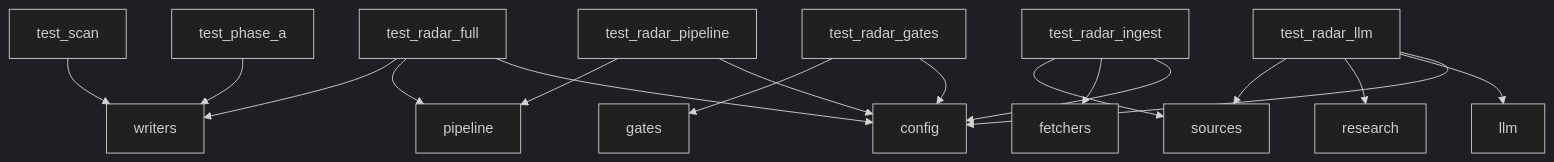
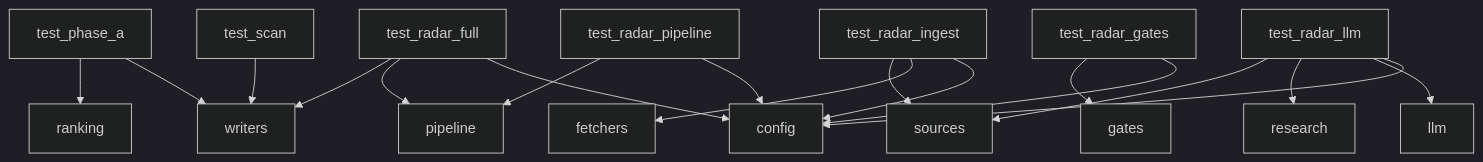
The diagram in docs/reports/dependencies.md (hhleroy97/repo-scan), drawn with Mermaid (dark theme) before and after one commit. The commit also changed other lines of this file and 27 other files, not shown here.

````diff
--- a/docs/reports/dependencies.md
+++ b/docs/reports/dependencies.md
@@ -10,19 +10,20 @@
 ```mermaid
 graph TD
   tests_test_phase_a["test_phase_a"] --> repo_scan_writers["writers"]
+  tests_test_phase_a["test_phase_a"] --> repo_scan_ranking["ranking"]
   tests_test_radar_ingest["test_radar_ingest"] --> repo_scan_config["config"]
   tests_test_radar_ingest["test_radar_ingest"] --> repo_scan_radar_fetchers["fetchers"]
   tests_test_radar_ingest["test_radar_ingest"] --> repo_scan_radar_sources["sources"]
   tests_test_scan["test_scan"] --> repo_scan_writers["writers"]
   tests_test_radar_pipeline["test_radar_pipeline"] --> repo_scan_config["config"]
   tests_test_radar_pipeline["test_radar_pipeline"] --> repo_scan_radar_pipeline["pipeline"]
   tests_test_radar_llm["test_radar_llm"] --> repo_scan_config["config"]
   tests_test_radar_llm["test_radar_llm"] --> repo_scan_radar_llm["llm"]
   tests_test_radar_llm["test_radar_llm"] --> repo_scan_radar_research["research"]
   tests_test_radar_llm["test_radar_llm"] --> repo_scan_radar_sources["sources"]
   tests_test_radar_gates["test_radar_gates"] --> repo_scan_config["config"]
   tests_test_radar_gates["test_radar_gates"] --> repo_scan_radar_gates["gates"]
   tests_test_radar_full["test_radar_full"] --> repo_scan_config["config"]
   tests_test_radar_full["test_radar_full"] --> repo_scan_radar_pipeline["pipeline"]
   tests_test_radar_full["test_radar_full"] --> repo_scan_writers["writers"]
 ```
````
